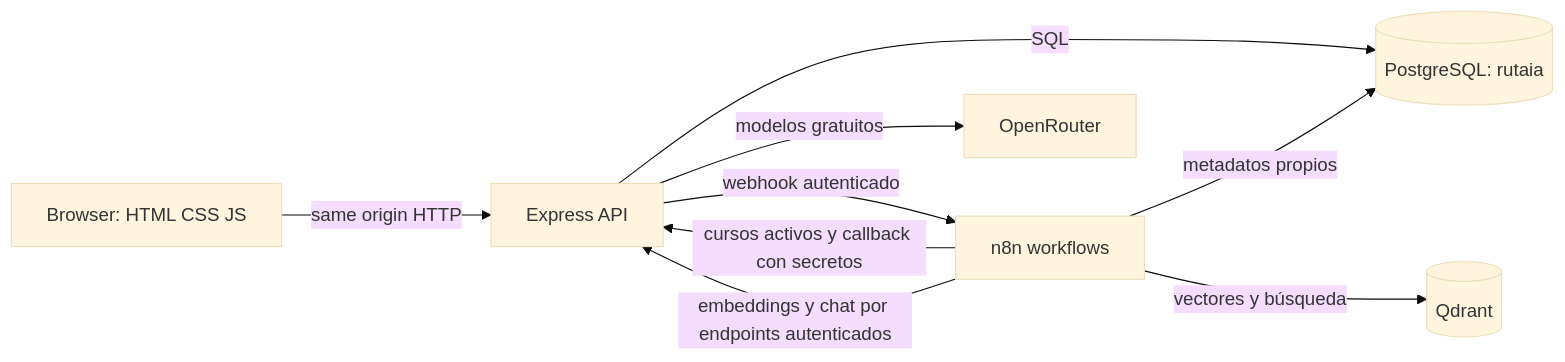
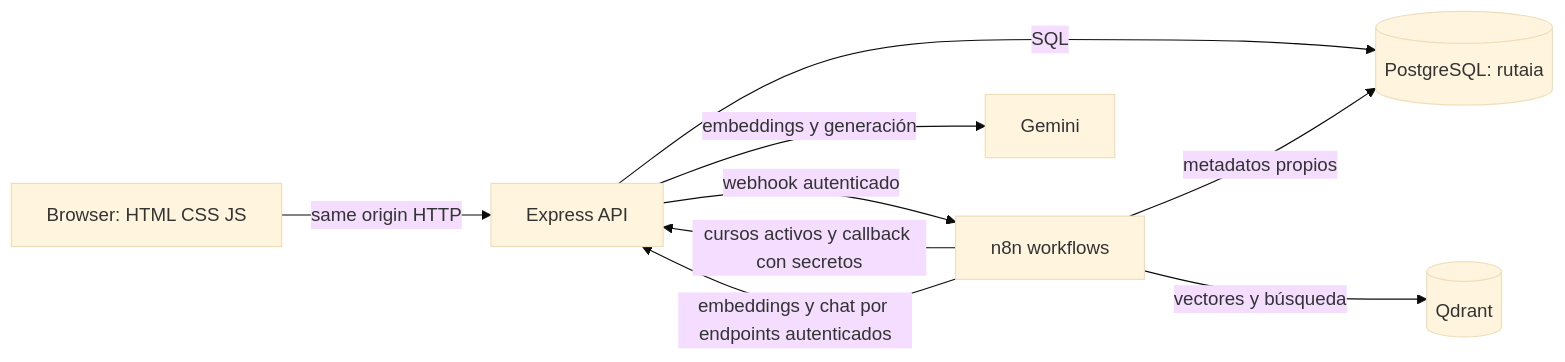
Before and after one commit to TOTO05-a/ruta-ia: the diagram in docs/MANUAL_PROYECTO.md, drawn with Mermaid (base theme). The commit also changed other lines of this file and 32 other files, not shown here.

````diff
--- a/docs/MANUAL_PROYECTO.md
+++ b/docs/MANUAL_PROYECTO.md
@@ -67,11 +71,11 @@
 ```mermaid
 flowchart LR
   Browser[Browser: HTML CSS JS] -->|same origin HTTP| API[Express API]
   API -->|SQL| PG[(PostgreSQL: rutaia)]
   API -->|webhook autenticado| N8N[n8n workflows]
   N8N -->|cursos activos y callback con secretos| API
   N8N -->|vectores y búsqueda| Q[(Qdrant)]
   N8N -->|embeddings y chat por endpoints autenticados| API
-  API -->|modelos gratuitos| OR[OpenRouter]
+  API -->|embeddings y generación| GM[Gemini]
   N8N -->|metadatos propios| PG
 ```
````
